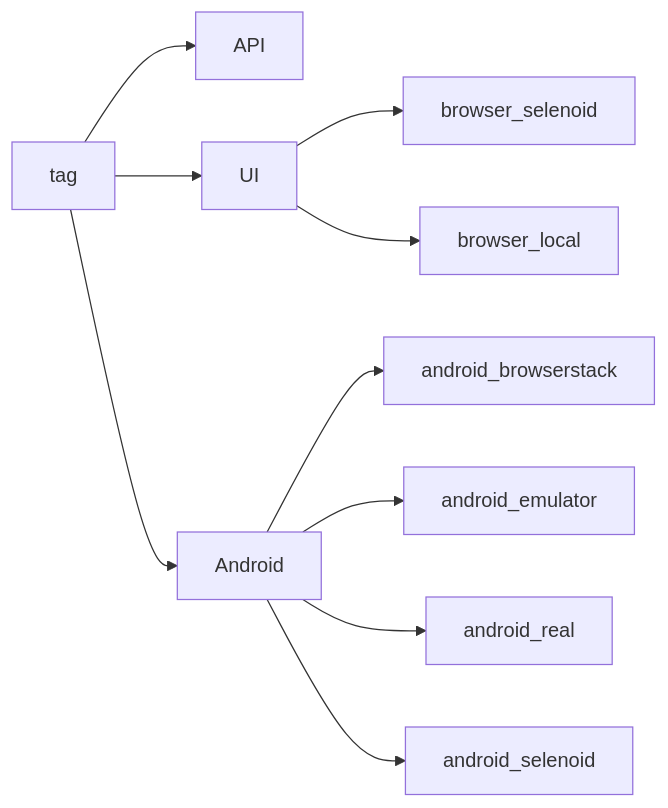
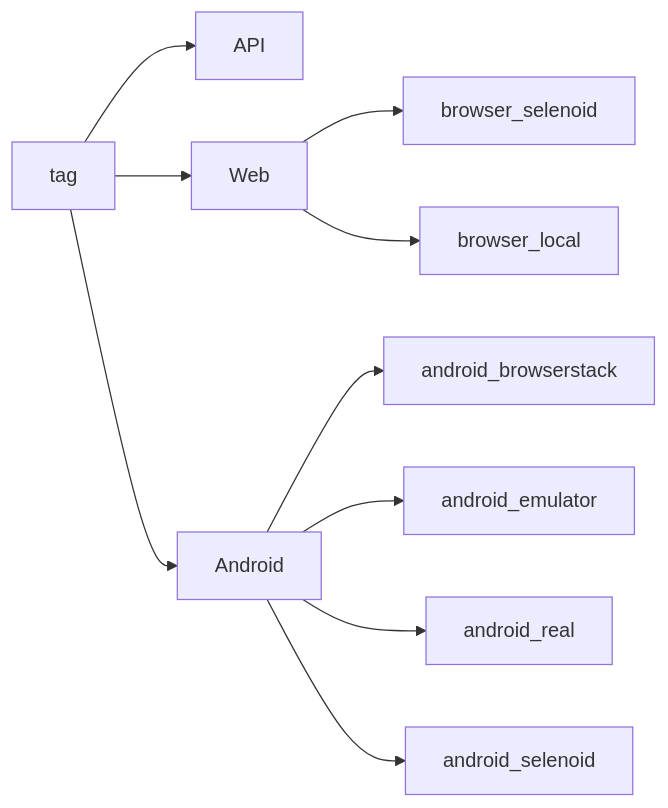
One commit to vonoelv/bookmate-test-project changed the first of 2 diagrams in README.md. Above: the diagram before and after it, drawn with Mermaid. The commit also changed other lines of this file, not shown here.

````diff
--- a/README.md
+++ b/README.md
@@ -115,12 +115,12 @@
 ```mermaid
 graph LR
 A[tag] --> B[API]
-A --> C[UI]
+A --> C[Web]
 A --> D[Android]
 C --> E[browser_selenoid]
 C --> F[browser_local]
 D --> G[android_browserstack]
 D --> H[android_emulator]
 D --> I[android_real]
 D --> J[android_selenoid]
 ```
````
